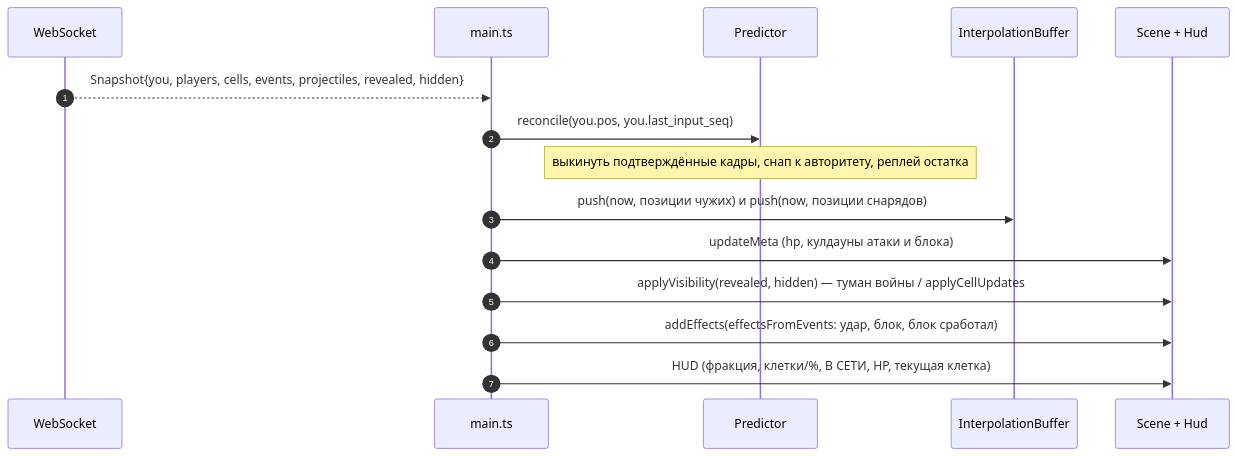
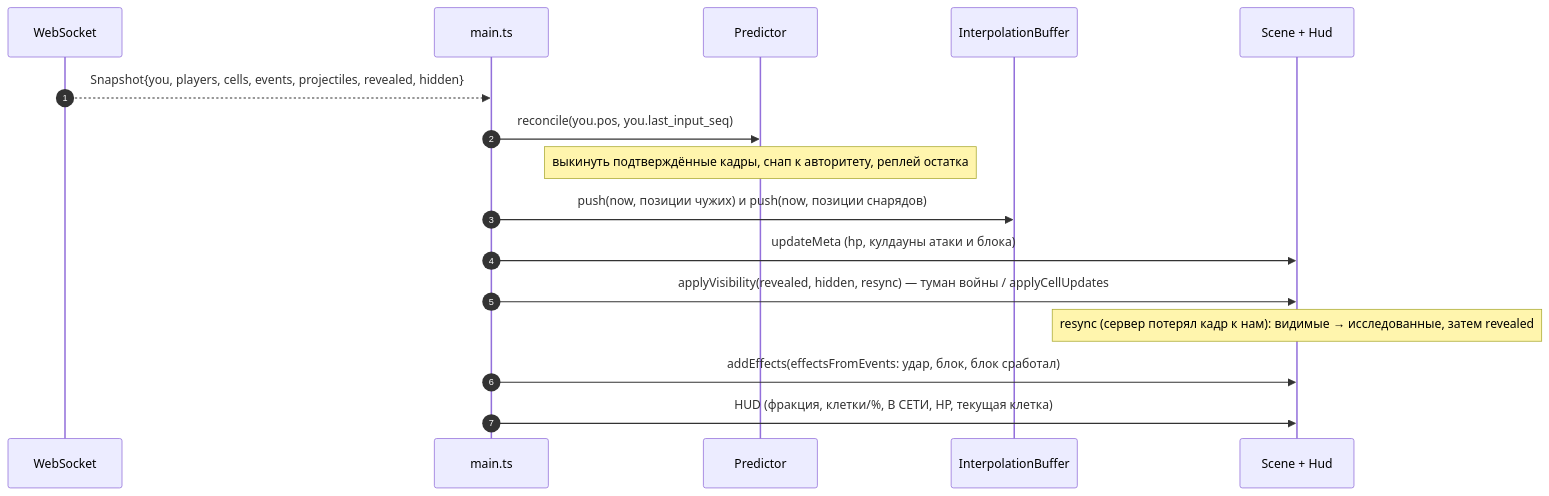
The third of 3 diagrams in client/docs/sequence-diagram.md (litcxx/Game), drawn with Mermaid before and after one commit. The commit also changed 4 other files, not shown here.

First line of the commit message:
docs: delivery checks and resync in READMEs and diagrams (LTC-13)

````diff
--- a/client/docs/sequence-diagram.md
+++ b/client/docs/sequence-diagram.md
@@ -61,18 +61,19 @@
 ```mermaid
 sequenceDiagram
     autonumber
     participant ws as WebSocket
     participant main as main.ts
     participant pred as Predictor
     participant interp as InterpolationBuffer
     participant scene as Scene + Hud
 
     ws-->>main: Snapshot{you, players, cells, events, projectiles, revealed, hidden}
     main->>pred: reconcile(you.pos, you.last_input_seq)
     Note over pred: выкинуть подтверждённые кадры, снап к авторитету, реплей остатка
     main->>interp: push(now, позиции чужих) и push(now, позиции снарядов)
     main->>scene: updateMeta (hp, кулдауны атаки и блока)
-    main->>scene: applyVisibility(revealed, hidden) — туман войны / applyCellUpdates
+    main->>scene: applyVisibility(revealed, hidden, resync) — туман войны / applyCellUpdates
+    Note over scene: resync (сервер потерял кадр к нам): видимые → исследованные, затем revealed
     main->>scene: addEffects(effectsFromEvents: удар, блок, блок сработал)
     main->>scene: HUD (фракция, клетки/%, В СЕТИ, HP, текущая клетка)
 ```
````
